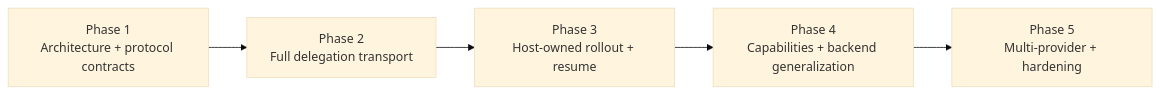
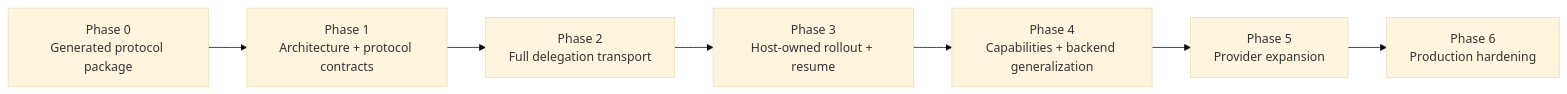
The fourth of 4 diagrams in codex_sdk_2_prototype_summary.md (x22x22/codex), drawn with Mermaid (base theme) before and after one commit. The commit also changed other lines of this file, not shown here.

````diff
--- a/codex_sdk_2_prototype_summary.md
+++ b/codex_sdk_2_prototype_summary.md
@@ -441,10 +457,12 @@
 ```mermaid
 flowchart LR
+    P0["Phase 0<br/>Generated protocol package"]
     P1["Phase 1<br/>Architecture + protocol contracts"]
     P2["Phase 2<br/>Full delegation transport"]
     P3["Phase 3<br/>Host-owned rollout + resume"]
     P4["Phase 4<br/>Capabilities + backend generalization"]
-    P5["Phase 5<br/>Multi-provider + hardening"]
+    P5["Phase 5<br/>Provider expansion"]
+    P6["Phase 6<br/>Production hardening"]
 
-    P1 --> P2 --> P3 --> P4 --> P5
+    P0 --> P1 --> P2 --> P3 --> P4 --> P5 --> P6
 ```
````
